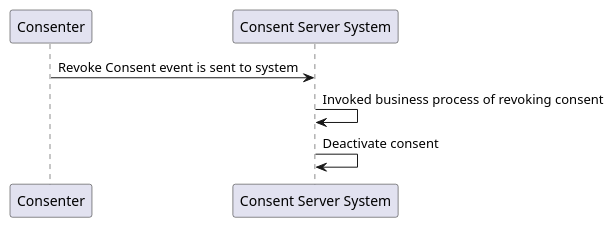
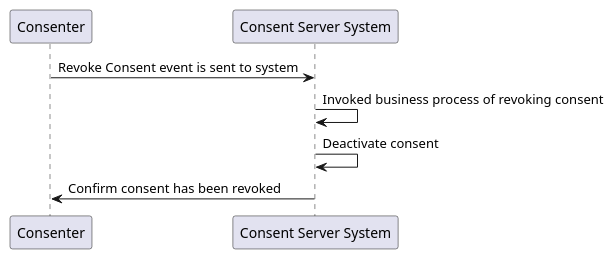
The diagram in input/images-source/revoke-consent-sequence.plantuml (rettema/fhir-consent-management), drawn with PlantUML before and after one commit. The commit also changed 2 other files, not shown here.

Commit message:
FHIR-55028: Add confirmation step to Delegate and Revoke use cases - add confirmation arrow back to Consenter in both diagrams; add confirmation to post-conditions in usecases.md

```diff
--- a/input/images-source/revoke-consent-sequence.plantuml
+++ b/input/images-source/revoke-consent-sequence.plantuml
@@ -1,5 +1,6 @@
 @startuml
 Consenter -> "Consent Server System": Revoke Consent event is sent to system
 "Consent Server System" -> "Consent Server System": Invoked business process of revoking consent 
 "Consent Server System" -> "Consent Server System": Deactivate consent
+"Consent Server System" -> Consenter: Confirm consent has been revoked
 @enduml
```
